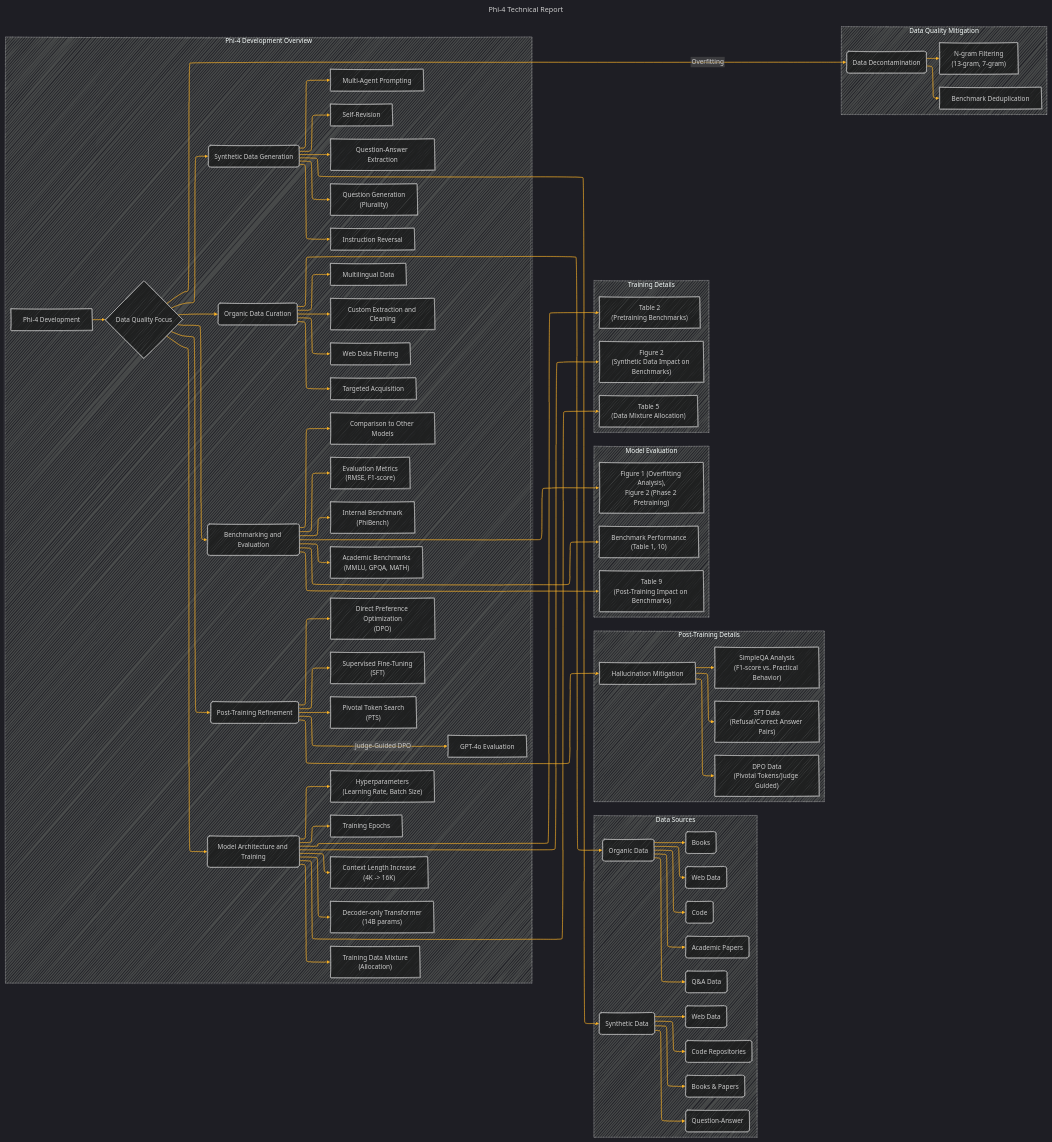
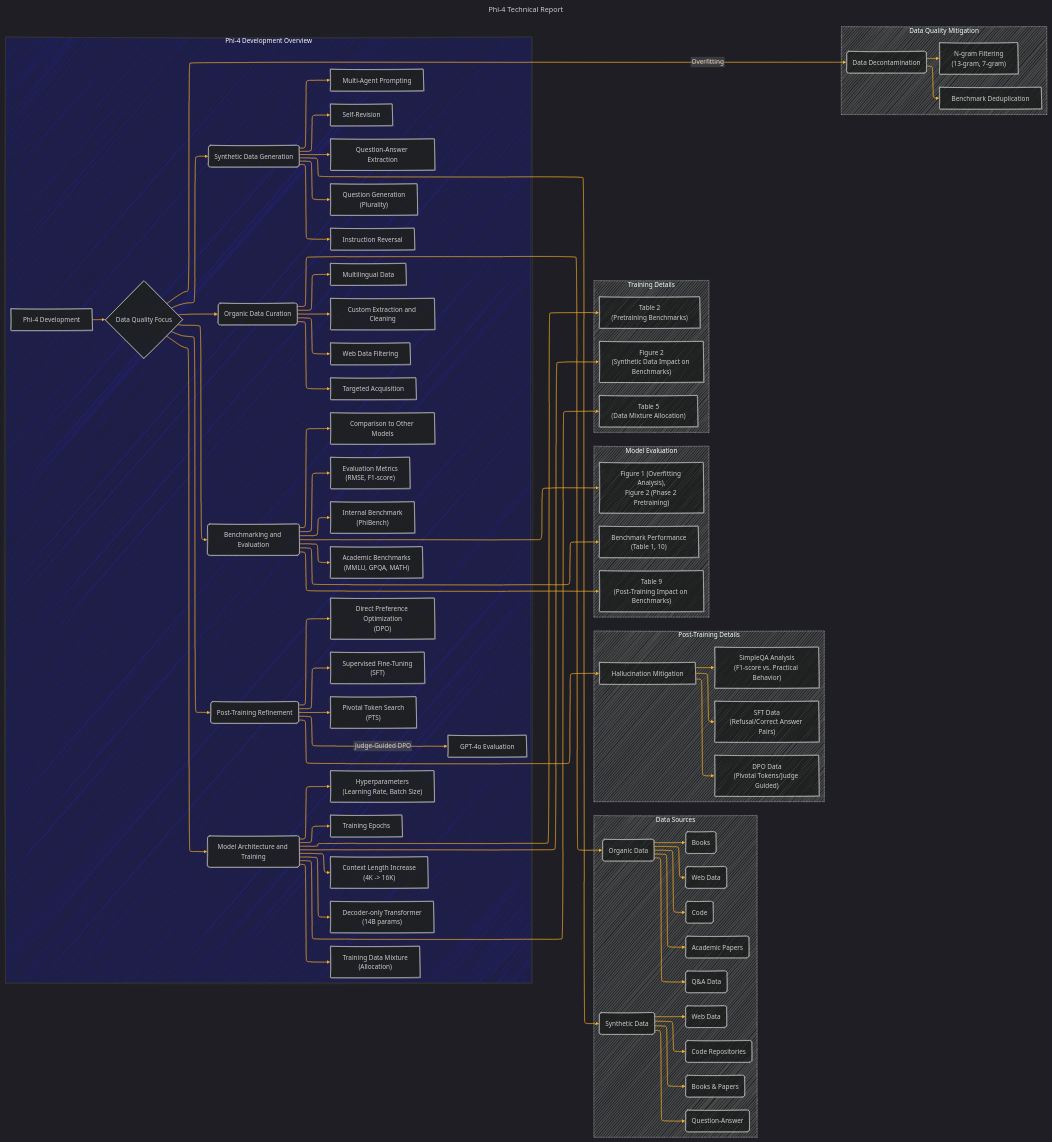
The diagram in PHI_FAMILY/Phi_4_Technical_Report/Phi_4_Technical_Report_Paper_Overview.md (CongLeSolutionX/Synthetic-Zooniverse), drawn with Mermaid before and after one commit.

Commit message:
update notes

```diff
--- a/PHI_FAMILY/Phi_4_Technical_Report/Phi_4_Technical_Report_Paper_Overview.md
+++ b/PHI_FAMILY/Phi_4_Technical_Report/Phi_4_Technical_Report_Paper_Overview.md
@@ -48,6 +48,7 @@
 }%%
 graph LR
     subgraph Phi4_Development_Overview["Phi-4 Development Overview"]
+    style Phi4_Development_Overview fill:#22f4,stroke:#333,stroke-width:2px
         A["Phi-4 Development"] --> B{"Data Quality Focus"}
         B --> C("Synthetic Data Generation")
         B --> D("Organic Data Curation")
```
